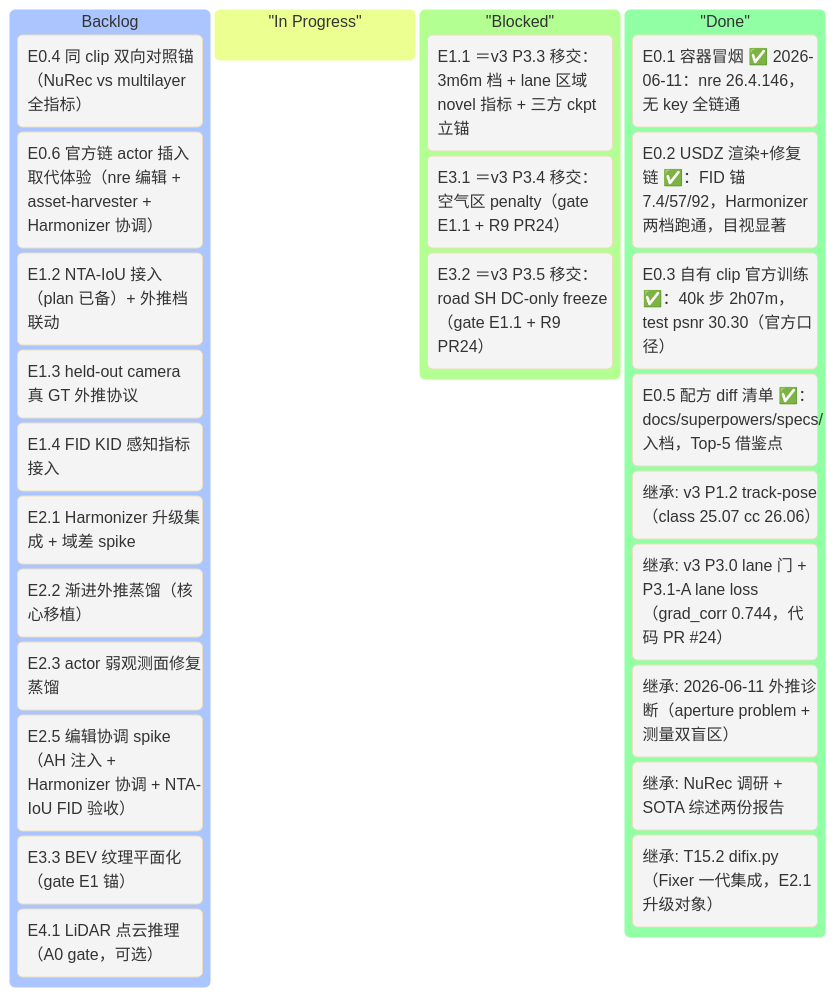
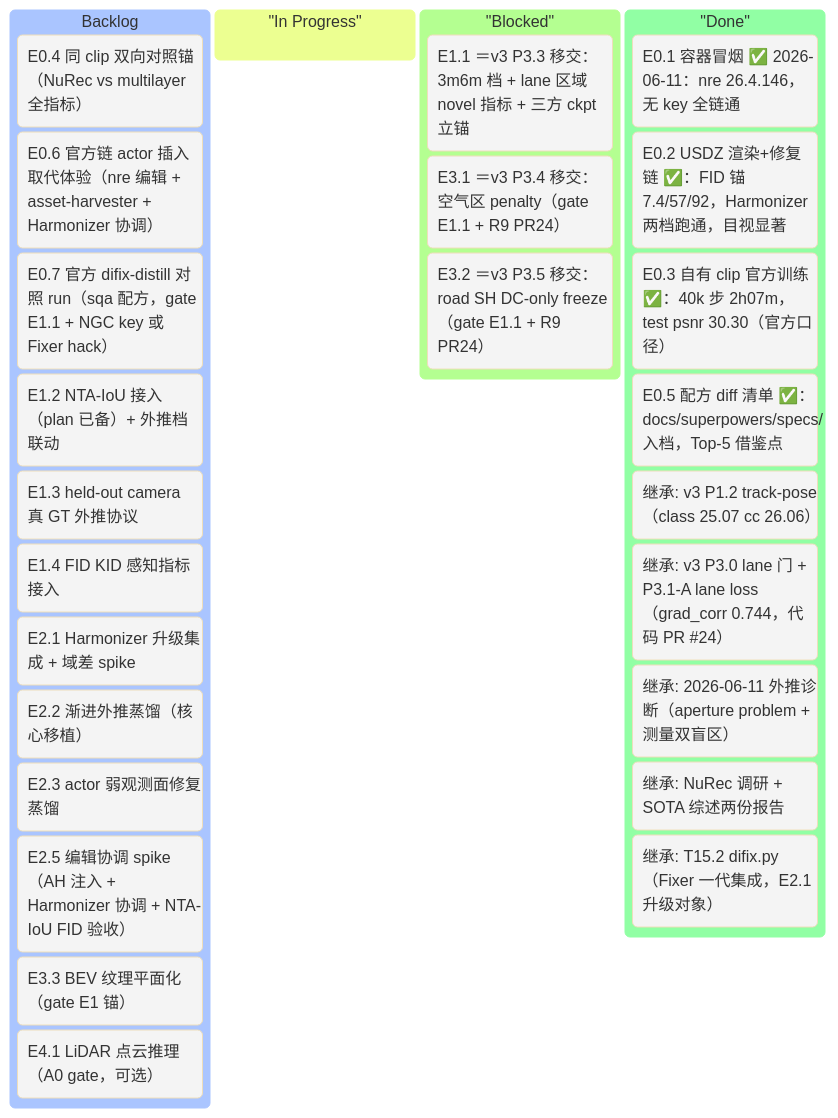
Before and after one commit to etendue/3dgrut: the first of 2 diagrams in v4_plan.md, drawn with Mermaid. The commit also changed other lines of this file, not shown here.

First line of the commit message:
docs(plan): 新增 E0.7 官方 difix-distill 对照 run + R-v4.10 权重 hack 风险项

````diff
--- a/v4_plan.md
+++ b/v4_plan.md
@@ -67,34 +67,35 @@
 ```mermaid
 %%{init: {'theme':'base'}}%%
 kanban
     Backlog
         [E0.4 同 clip 双向对照锚（NuRec vs multilayer 全指标）]
         [E0.6 官方链 actor 插入取代体验（nre 编辑 + asset-harvester + Harmonizer 协调）]
+        [E0.7 官方 difix-distill 对照 run（sqa 配方，gate E1.1 + NGC key 或 Fixer hack）]
         [E1.2 NTA-IoU 接入（plan 已备）+ 外推档联动]
         [E1.3 held-out camera 真 GT 外推协议]
         [E1.4 FID KID 感知指标接入]
         [E2.1 Harmonizer 升级集成 + 域差 spike]
         [E2.2 渐进外推蒸馏（核心移植）]
         [E2.3 actor 弱观测面修复蒸馏]
         [E2.5 编辑协调 spike（AH 注入 + Harmonizer 协调 + NTA-IoU FID 验收）]
         [E3.3 BEV 纹理平面化（gate E1 锚）]
         [E4.1 LiDAR 点云推理（A0 gate，可选）]
 
     "In Progress"
 
     "Blocked"
         [E1.1 ＝v3 P3.3 移交：3m6m 档 + lane 区域 novel 指标 + 三方 ckpt 立锚]
         [E3.1 ＝v3 P3.4 移交：空气区 penalty（gate E1.1 + R9 PR24）]
         [E3.2 ＝v3 P3.5 移交：road SH DC-only freeze（gate E1.1 + R9 PR24）]
 
     "Done"
         [E0.1 容器冒烟 ✅ 2026-06-11：nre 26.4.146，无 key 全链通]
         [E0.2 USDZ 渲染+修复链 ✅：FID 锚 7.4/57/92，Harmonizer 两档跑通，目视显著]
         [E0.3 自有 clip 官方训练 ✅：40k 步 2h07m，test psnr 30.30（官方口径）]
         [E0.5 配方 diff 清单 ✅：docs/superpowers/specs/ 入档，Top-5 借鉴点]
         [继承: v3 P1.2 track-pose（class 25.07 cc 26.06）]
         [继承: v3 P3.0 lane 门 + P3.1-A lane loss（grad_corr 0.744，代码 PR #24）]
         [继承: 2026-06-11 外推诊断（aperture problem + 测量双盲区）]
         [继承: NuRec 调研 + SOTA 综述两份报告]
         [继承: T15.2 difix.py（Fixer 一代集成，E2.1 升级对象）]
 ```
````
